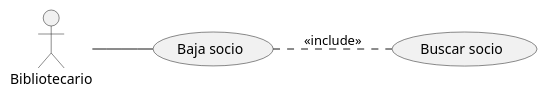
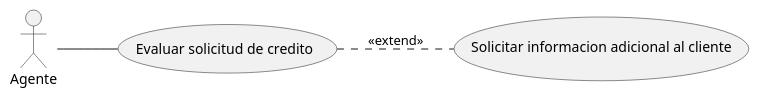
Before and after one commit to DanielMiralles12/ClasesDeUsoII: the diagram in src/main/java/org/example/ClasesDeUso.puml, drawn with PlantUML.

Commit message:
Relacion entre clases de uso: Extension.

```diff
--- a/src/main/java/org/example/ClasesDeUso.puml
+++ b/src/main/java/org/example/ClasesDeUso.puml
@@ -1,14 +1,14 @@
 @startuml
 
 left to right direction
-:Bibliotecario:
-usecase "Baja socio" as CU1
-:Bibliotecario: -- CU1
-usecase "Buscar socio" as CU2
+:Agente:
+usecase "Evaluar solicitud de credito" as CU1
+:Agente: -- CU1
+usecase "Solicitar informacion adicional al cliente" as CU2
 
-CU1 ..  CU2 :<<include>>
+CU1 ..  CU2 :<<extend>>
 
 
 
 
 @enduml
```
